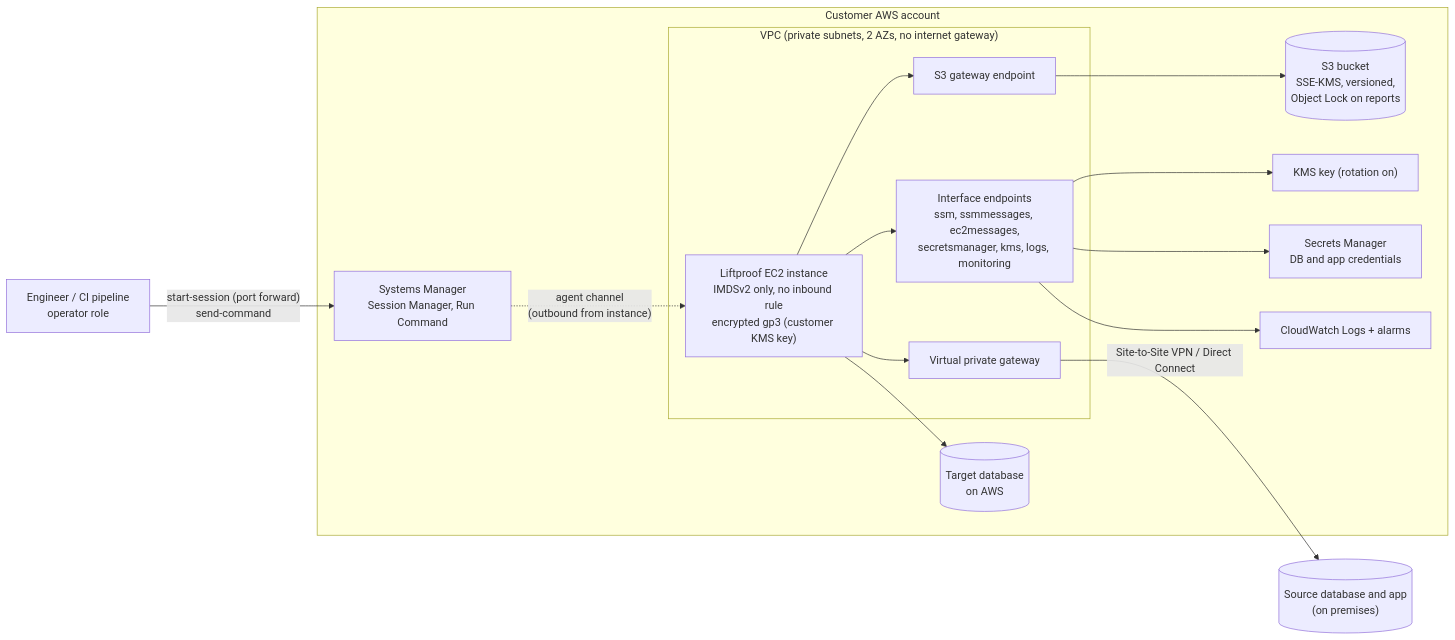
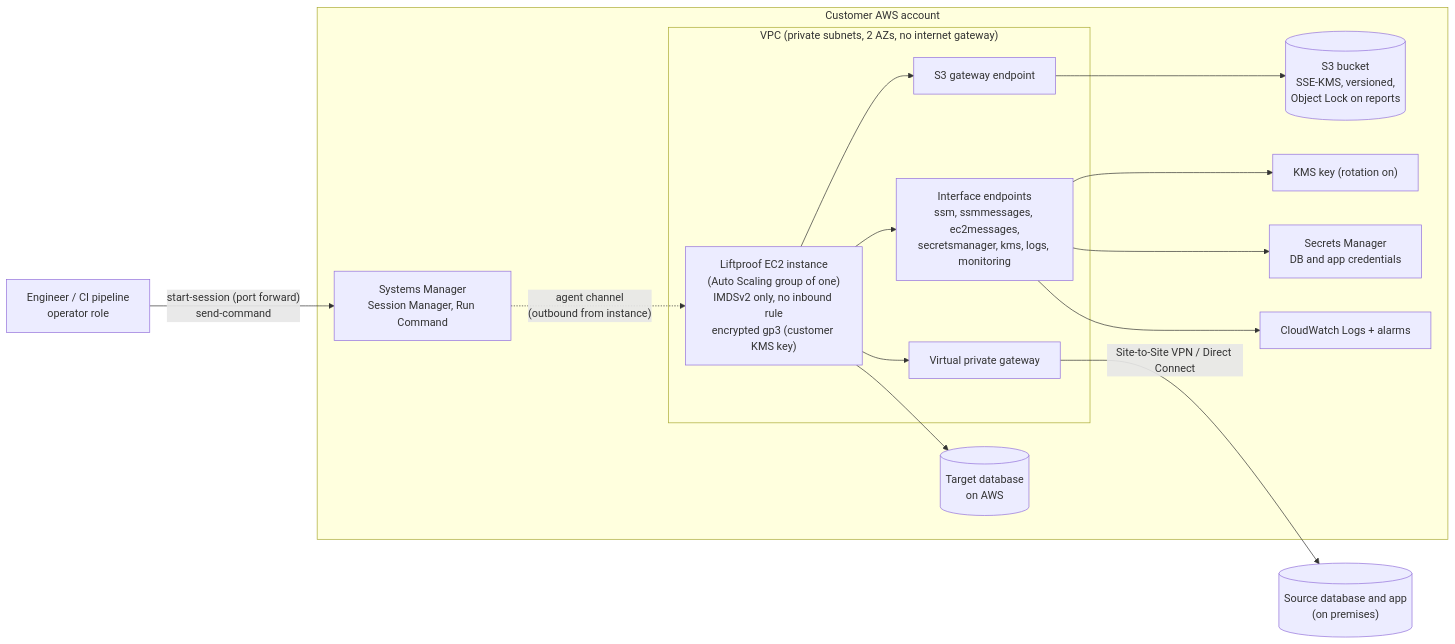
Before and after one commit to algorimsteamgh/liftproof: the diagram in infra/README.md, drawn with Mermaid. The commit also changed other lines of this file and 11 other files, not shown here.

First line of the commit message:
Run the instance in an Auto Scaling group of one

````diff
--- a/infra/README.md
+++ b/infra/README.md
@@ -24,25 +24,25 @@
 ```mermaid
 flowchart LR
   subgraph Customer AWS account
     subgraph VPC["VPC (private subnets, 2 AZs, no internet gateway)"]
-      EC2["Liftproof EC2 instance<br/>IMDSv2 only, no inbound rule<br/>encrypted gp3 (customer KMS key)"]
+      EC2["Liftproof EC2 instance<br/>(Auto Scaling group of one)<br/>IMDSv2 only, no inbound rule<br/>encrypted gp3 (customer KMS key)"]
       EP["Interface endpoints<br/>ssm, ssmmessages, ec2messages,<br/>secretsmanager, kms, logs, monitoring"]
       S3GW["S3 gateway endpoint"]
       VGW["Virtual private gateway"]
     end
     S3[("S3 bucket<br/>SSE-KMS, versioned,<br/>Object Lock on reports")]
     KMS["KMS key (rotation on)"]
     SM["Secrets Manager<br/>DB and app credentials"]
     CWL["CloudWatch Logs + alarms"]
     SSM["Systems Manager<br/>Session Manager, Run Command"]
     TGT[("Target database<br/>on AWS")]
   end
   ONP[("Source database and app<br/>(on premises)")]
   OP["Engineer / CI pipeline<br/>operator role"]
 
   EC2 --> EP --> SM & KMS & CWL
   EC2 --> S3GW --> S3
   EC2 --> TGT
   EC2 --> VGW -- "Site-to-Site VPN / Direct Connect" --> ONP
   OP -- "start-session (port forward)<br/>send-command" --> SSM -. "agent channel<br/>(outbound from instance)" .-> EC2
 ```
````
